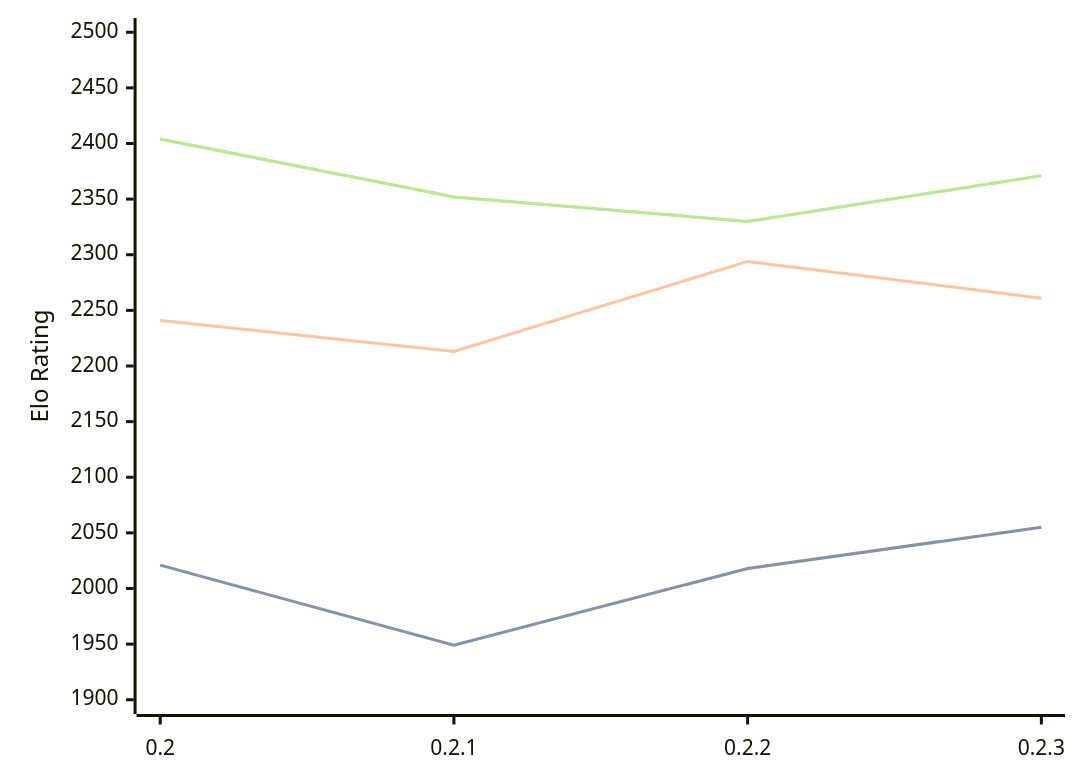
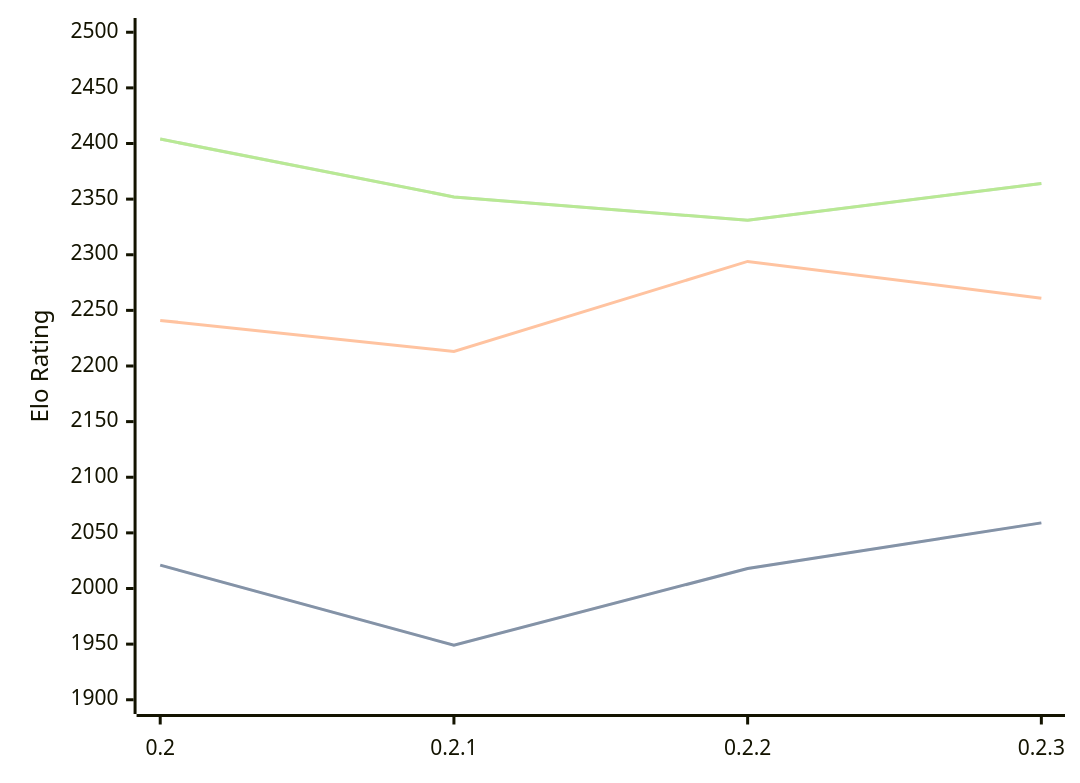
One commit to computer-chess-index/cci changed the diagram in engines/Lolbot.md. Above: the diagram before and after it, drawn with Mermaid. The commit also changed other lines of this file, not shown here.

Commit message:
Update CCI Ratings (ELO VLTC) - 2026-03-27

````diff
--- a/engines/Lolbot.md
+++ b/engines/Lolbot.md
@@ -35,11 +35,11 @@
 ```mermaid
 %%{init: {"theme":"base","themeVariables":{"seriesColors:['#a3a3a3','#222221','#faa371']}}}%%
 xychart-beta
   x-axis ["0.2", "0.2.1", "0.2.2", "0.2.3"]
   y-axis "Elo Rating" 1900 --> 2500
-  line "STC (8.0+0.08s)" [2021, 1949, 2018, 2055]
-  line "STC (8.0+0.08s)" [2021, 1949, 2018, 2055]
+  line "STC (8.0+0.08s)" [2021, 1949, 2018, 2059]
+  line "STC (8.0+0.08s)" [2021, 1949, 2018, 2059]
   line "LTC (60.0+0.60s)" [2241, 2213, 2294, 2261]
-  line "VLTC (2m24s+1.12s)" [2404, 2352, 2330, 2371]
-  line "VLTC (2m24s+1.12s)" [2404, 2352, 2330, 2371]
+  line "VLTC (2m24s+1.12s)" [2404, 2352, 2331, 2364]
+  line "VLTC (2m24s+1.12s)" [2404, 2352, 2331, 2364]
 ```
````
